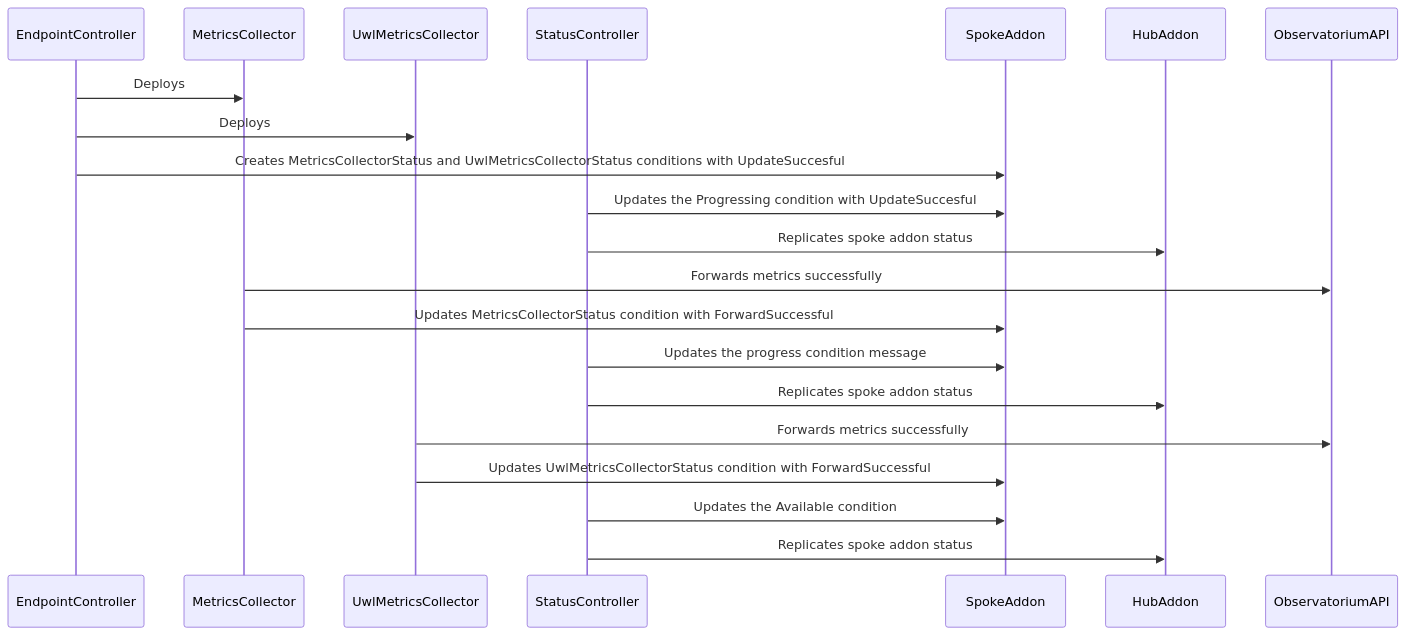
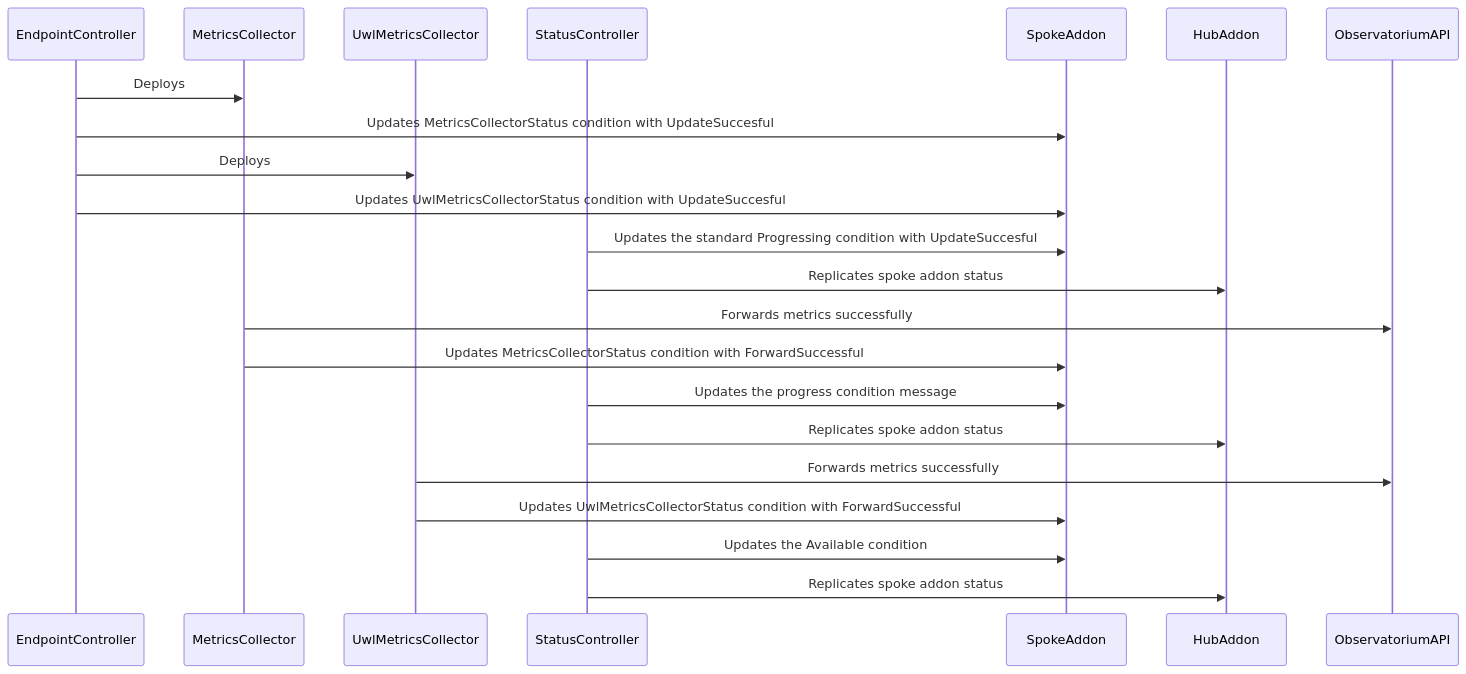
The second of 3 diagrams in operators/endpointmetrics/doc/design/addon-status.md (stolostron/multicluster-observability-operator), drawn with Mermaid before and after one commit. The commit also changed other lines of this file, not shown here.

````diff
--- a/operators/endpointmetrics/doc/design/addon-status.md
+++ b/operators/endpointmetrics/doc/design/addon-status.md
@@ -101,23 +96,24 @@
 ```mermaid
 sequenceDiagram
     participant EndpointController
     participant MetricsCollector
     participant UwlMetricsCollector
     participant StatusController
     participant SpokeAddon
     participant HubAddon
     participant ObservatoriumAPI
     EndpointController->>MetricsCollector: Deploys
+    EndpointController->>SpokeAddon: Updates MetricsCollectorStatus condition with UpdateSuccesful
     EndpointController->>UwlMetricsCollector: Deploys
-    EndpointController->>SpokeAddon: Creates MetricsCollectorStatus and UwlMetricsCollectorStatus conditions with UpdateSuccesful
-    StatusController->>SpokeAddon: Updates the Progressing condition with UpdateSuccesful
+    EndpointController->>SpokeAddon: Updates UwlMetricsCollectorStatus condition with UpdateSuccesful
+    StatusController->>SpokeAddon: Updates the standard Progressing condition with UpdateSuccesful
     StatusController->>HubAddon: Replicates spoke addon status
     MetricsCollector->>ObservatoriumAPI: Forwards metrics successfully
     MetricsCollector->>SpokeAddon: Updates MetricsCollectorStatus condition with ForwardSuccessful
     StatusController->>SpokeAddon: Updates the progress condition message
     StatusController->>HubAddon: Replicates spoke addon status
     UwlMetricsCollector->>ObservatoriumAPI: Forwards metrics successfully
     UwlMetricsCollector->>SpokeAddon: Updates UwlMetricsCollectorStatus condition with ForwardSuccessful
     StatusController->>SpokeAddon: Updates the Available condition 
     StatusController->>HubAddon: Replicates spoke addon status
 ```
````
